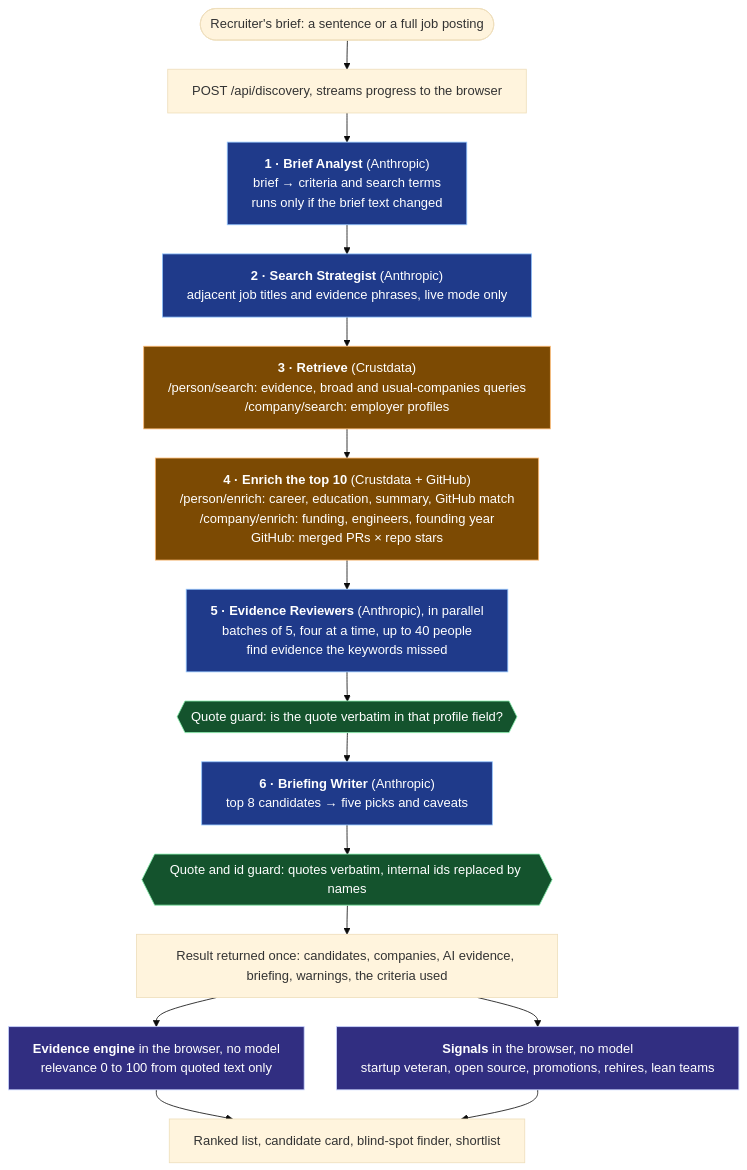
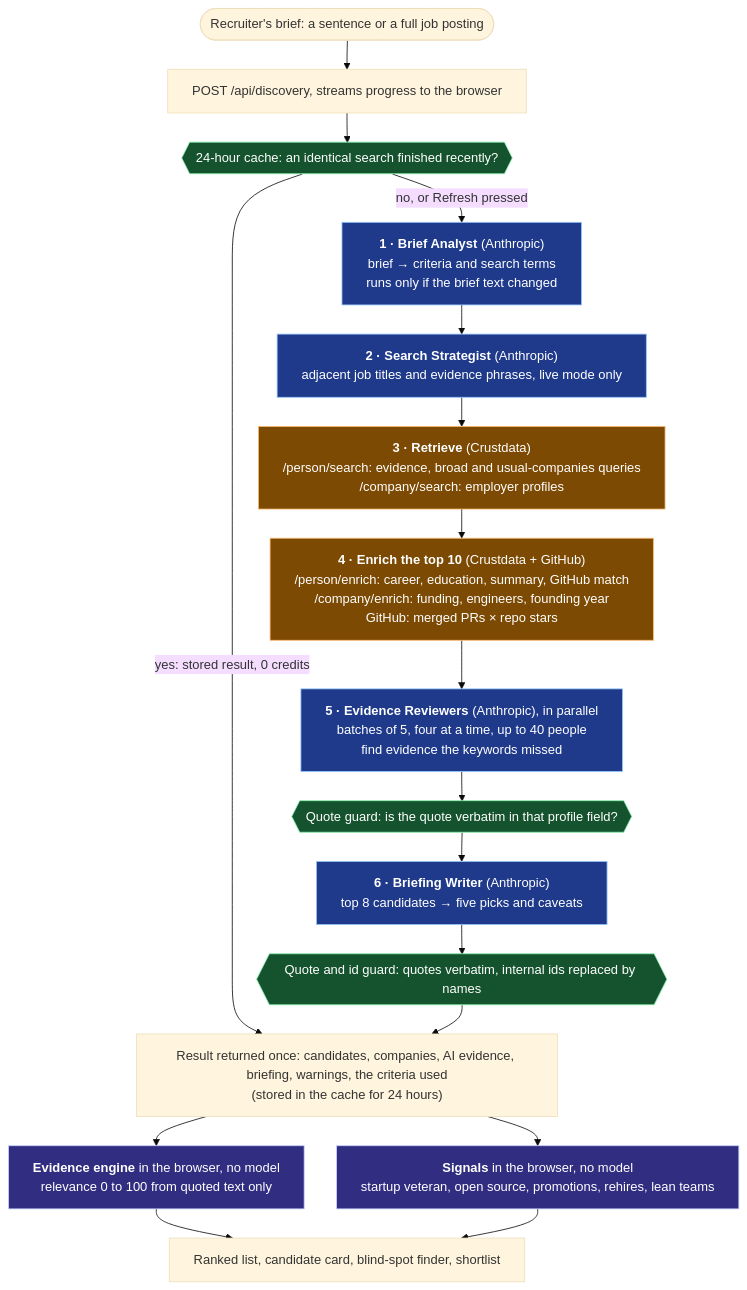
Before and after one commit to taniyasouza1/HeavyBrains: the first of 3 diagrams in docs/ARCHITECTURE.md, drawn with Mermaid (base theme). The commit also changed other lines of this file and 2 other files, not shown here.

Commit message:
Update docs for credits, cache, outreach, as-of replay and the briefing bug
README, build notes and architecture now describe what was built after the self-assessment and what was
measured: the credits display, the 24-hour cache (diagram updated and re-rendered), the Outreach Writer
(agent table and guards), as-of replay, and 133 tests. Records the briefing bug we introduced and found
with a live run, and states plainly that there is still no measured accuracy benchmark.

````diff
--- a/docs/ARCHITECTURE.md
+++ b/docs/ARCHITECTURE.md
@@ -16,32 +16,34 @@
 ```mermaid
 ---
 config:
   flowchart:
     wrappingWidth: 460
     nodeSpacing: 40
     rankSpacing: 36
 ---
 flowchart TD
     brief(["Recruiter's brief: a sentence or a full job posting"]) --> api["POST /api/discovery, streams progress to the browser"]
-    api --> a1
+    api --> cache{{"24-hour cache: an identical search finished recently?"}}:::guard
+    cache -->|yes: stored result, 0 credits| result
+    cache -->|no, or Refresh pressed| a1
 
     a1["<b>1 · Brief Analyst</b> (Anthropic)<br/>brief → criteria and search terms<br/>runs only if the brief text changed"]:::agent
     a1 --> a2["<b>2 · Search Strategist</b> (Anthropic)<br/>adjacent job titles and evidence phrases, live mode only"]:::agent
     a2 --> ret["<b>3 · Retrieve</b> (Crustdata)<br/>/person/search: evidence, broad and usual-companies queries<br/>/company/search: employer profiles"]:::tool
     ret --> enr["<b>4 · Enrich the top 10</b> (Crustdata + GitHub)<br/>/person/enrich: career, education, summary, GitHub match<br/>/company/enrich: funding, engineers, founding year<br/>GitHub: merged PRs × repo stars"]:::tool
     enr --> a3["<b>5 · Evidence Reviewers</b> (Anthropic), in parallel<br/>batches of 5, four at a time, up to 40 people<br/>find evidence the keywords missed"]:::agent
     a3 --> g1{{"Quote guard: is the quote verbatim in that profile field?"}}:::guard
     g1 --> a4["<b>6 · Briefing Writer</b> (Anthropic)<br/>top 8 candidates → five picks and caveats"]:::agent
     a4 --> g2{{"Quote and id guard: quotes verbatim, internal ids replaced by names"}}:::guard
-    g2 --> result["Result returned once: candidates, companies, AI evidence, briefing, warnings, the criteria used"]
+    g2 --> result["Result returned once: candidates, companies, AI evidence, briefing, warnings, the criteria used<br/>(stored in the cache for 24 hours)"]
 
     result --> score["<b>Evidence engine</b> in the browser, no model<br/>relevance 0 to 100 from quoted text only"]:::engine
     result --> sig["<b>Signals</b> in the browser, no model<br/>startup veteran, open source, promotions, rehires, lean teams"]:::engine
     score --> ui["Ranked list, candidate card, blind-spot finder, shortlist"]
     sig --> ui
 
     classDef agent fill:#1f3a8a,stroke:#93c5fd,color:#ffffff
     classDef tool fill:#7c4a03,stroke:#fdba74,color:#ffffff
     classDef guard fill:#14532d,stroke:#86efac,color:#ffffff
     classDef engine fill:#312e81,stroke:#c7d2fe,color:#ffffff
 ```
````
